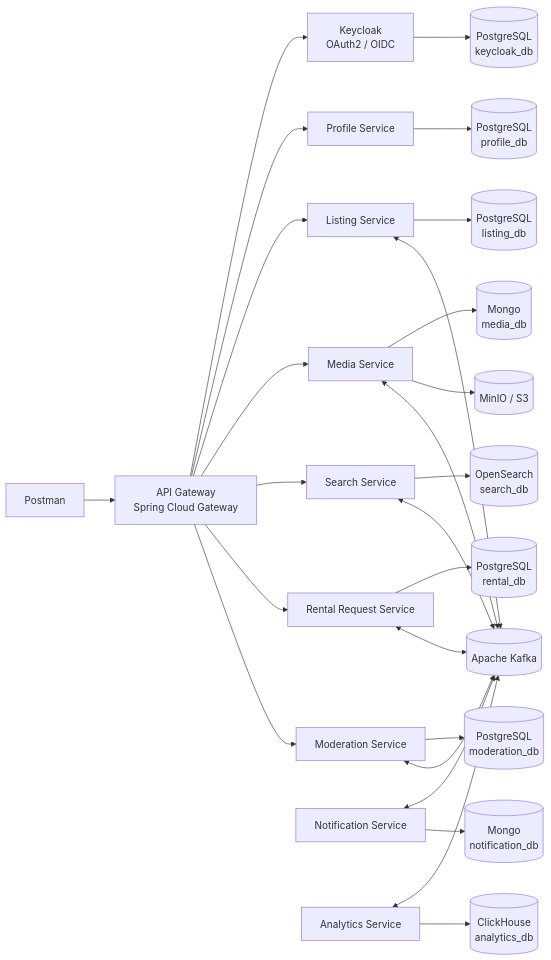
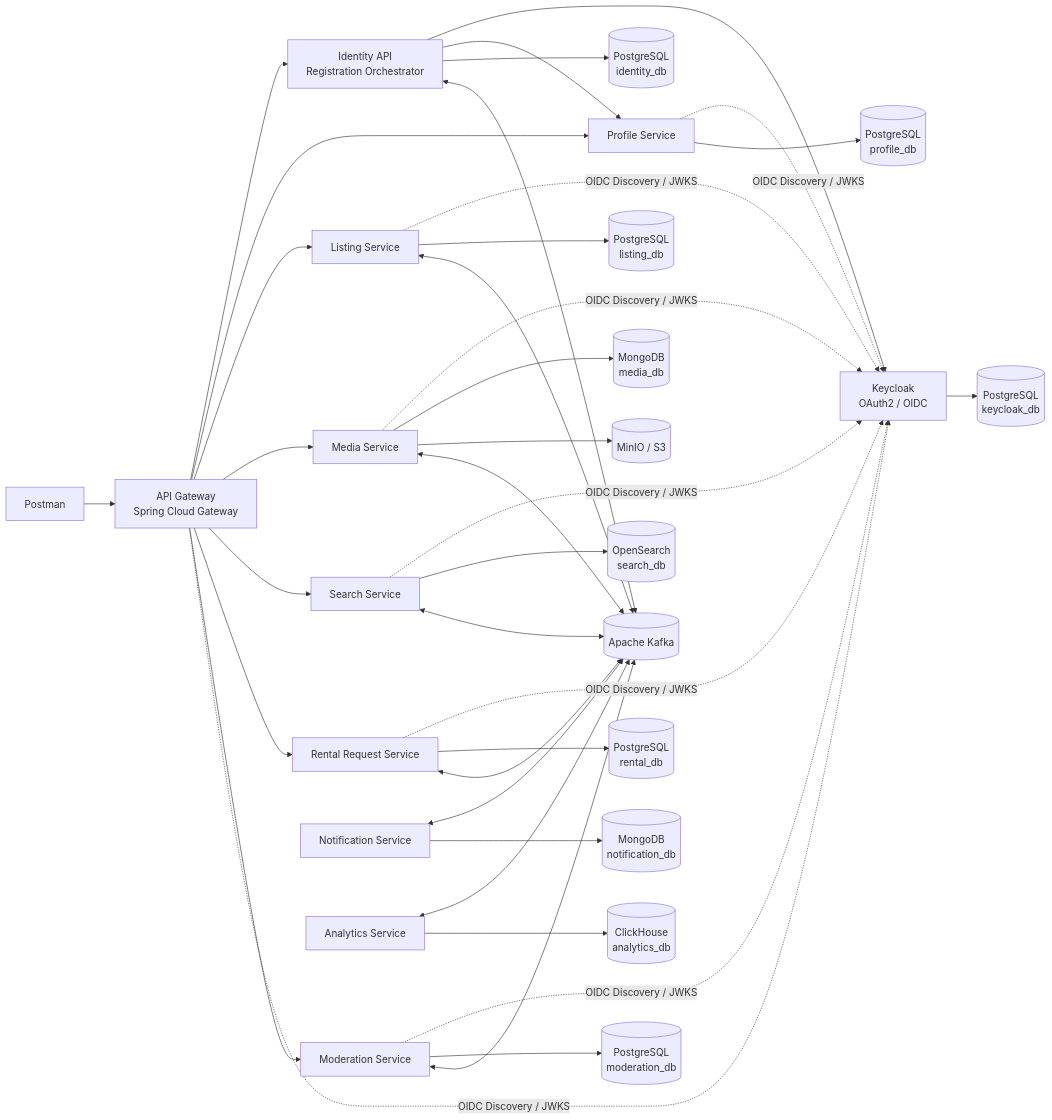
One commit to thisdudkin/estate-booking-platform changed the first of 17 diagrams in README.md. Above: the diagram before and after it, drawn with Mermaid. The commit also changed other lines of this file, not shown here.

````diff
--- a/README.md
+++ b/README.md
@@ -111,28 +123,39 @@
 ```mermaid
 flowchart LR
     P[Postman] --> G[API Gateway<br/>Spring Cloud Gateway]
-    G --> KC[Keycloak<br/>OAuth2 / OIDC]
+    G --> ID[Identity API<br/>Registration Orchestrator]
     G --> PS[Profile Service]
     G --> LS[Listing Service]
     G --> MS[Media Service]
     G --> SS[Search Service]
     G --> RS[Rental Request Service]
     G --> MOD[Moderation Service]
+    ID --> KC[Keycloak<br/>OAuth2 / OIDC]
+    ID --> PS
+    G -. OIDC Discovery / JWKS .-> KC
+    PS -. OIDC Discovery / JWKS .-> KC
+    LS -. OIDC Discovery / JWKS .-> KC
+    MS -. OIDC Discovery / JWKS .-> KC
+    SS -. OIDC Discovery / JWKS .-> KC
+    RS -. OIDC Discovery / JWKS .-> KC
+    MOD -. OIDC Discovery / JWKS .-> KC
     KC --> KCDB[(PostgreSQL<br/>keycloak_db)]
+    ID --> IDDB[(PostgreSQL<br/>identity_db)]
     PS --> PDB[(PostgreSQL<br/>profile_db)]
     LS --> LDB[(PostgreSQL<br/>listing_db)]
     RS --> RDB[(PostgreSQL<br/>rental_db)]
     MOD --> MDB[(PostgreSQL<br/>moderation_db)]
-    MS --> MMDB[(Mongo<br/>media_db)]
+    MS --> MMDB[(MongoDB<br/>media_db)]
     MS --> MINIO[(MinIO / S3)]
     SS --> SMDB[(OpenSearch<br/>search_db)]
-    LS <--> K[(Apache Kafka)]
+    ID <--> K[(Apache Kafka)]
+    LS <--> K
     MOD <--> K
     RS <--> K
     MS <--> K
     SS <--> K
     NOTIF[Notification Service] <--> K
     AN[Analytics Service] <--> K
-    NOTIF --> NDB[(Mongo<br/>notification_db)]
+    NOTIF --> NDB[(MongoDB<br/>notification_db)]
     AN --> ADB[(ClickHouse<br/>analytics_db)]
 ```
````
